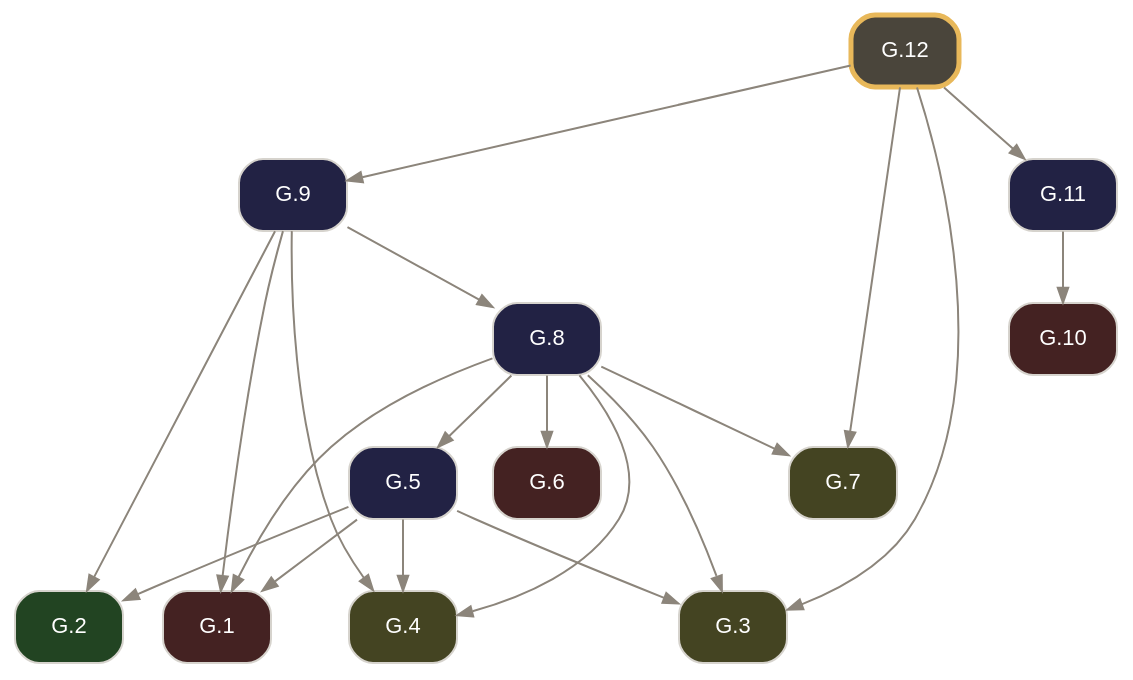
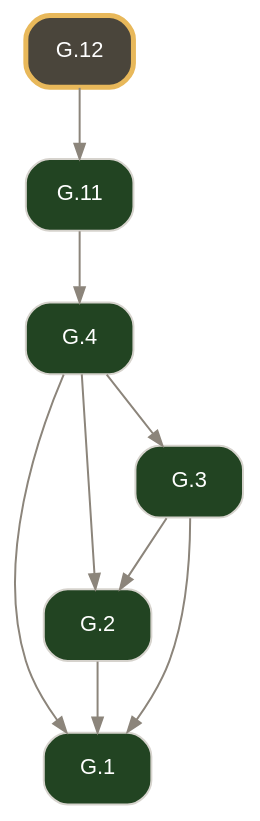
The diagram in docsrc/elements2/G.12/index.rst (geometor/elements), drawn with Graphviz before and after one commit. The commit also changed other lines of this file and 2974 other files, not shown here.

Commit message:
feat(elements2): wire defined terms, short verb titles, coincidence operator, and 2-point circle notation (v0.4.0)

```diff
--- a/docsrc/elements2/G.12/index.rst
+++ b/docsrc/elements2/G.12/index.rst
@@ -135,39 +36,22 @@
 .. graphviz::
 
    digraph {
      bgcolor="transparent";
      node [shape=box, style="rounded,filled", fontname="Helvetica", fontsize=11, color="#d6d3cd", fontcolor="#ffffff"];
      edge [color="#8c857b", fontcolor="#8c857b", arrowsize=0.75];
      rankdir="TB";
-     "G.1" [label="G.1", tooltip="G.1 (I.cn.1): Things equal to the same thing are equal to one another.", fillcolor="#442222", URL="../G.1/index.html", target="_top"];
-     "G.2" [label="G.2", tooltip="G.2 (I.def.15): A circle is a plane figure contained by one line such that all segments falling upon it from its center are equal.", fillcolor="#224422", URL="../G.2/index.html", target="_top"];
-     "G.3" [label="G.3", tooltip="G.3 (I.post.1): Construct a segment between any two points.", fillcolor="#444422", URL="../G.3/index.html", target="_top"];
-     "G.4" [label="G.4", tooltip="G.4 (I.post.3): Construct a circle with any center and radius.", fillcolor="#444422", URL="../G.4/index.html", target="_top"];
-     "G.5" [label="G.5", tooltip="G.5 (I.1): Construct an equilateral triangle on a given finite segment.", fillcolor="#222244", URL="../G.5/index.html", target="_top"];
-     "G.6" [label="G.6", tooltip="G.6 (I.cn.3): If equals are subtracted from equals, the remainders are equal.", fillcolor="#442222", URL="../G.6/index.html", target="_top"];
-     "G.7" [label="G.7", tooltip="G.7 (I.post.2): Extend a finite segment continuously in a straight line.", fillcolor="#444422", URL="../G.7/index.html", target="_top"];
-     "G.8" [label="G.8", tooltip="G.8 (I.2): Construct at a given point a segment equal to a given segment.", fillcolor="#222244", URL="../G.8/index.html", target="_top"];
-     "G.9" [label="G.9", tooltip="G.9 (I.3): Cut off from the greater of two unequal segments a segment equal to the less.", fillcolor="#222244", URL="../G.9/index.html", target="_top"];
-     "G.10" [label="G.10", tooltip="G.10 (I.cn.4): Things that coincide with one another are equal.", fillcolor="#442222", URL="../G.10/index.html", target="_top"];
-     "G.11" [label="G.11", tooltip="G.11 (I.4): Triangles with two sides and the included angle equal are congruent (SAS).", fillcolor="#222244", URL="../G.11/index.html", target="_top"];
-     "G.12" [label="G.12", tooltip="G.12 (I.5): In an isosceles triangle, the angles at the base are equal, and if the equal sides are extended, the angles under the base are equal.", penwidth=2.5, color="#e8b85a", fillcolor="#4a453b", URL="index.html", target="_top"];
-     "G.5" -> "G.1";
-     "G.8" -> "G.1";
-     "G.9" -> "G.1";
-     "G.5" -> "G.2";
-     "G.9" -> "G.2";
-     "G.5" -> "G.3";
-     "G.8" -> "G.3";
-     "G.12" -> "G.3";
-     "G.5" -> "G.4";
-     "G.8" -> "G.4";
-     "G.9" -> "G.4";
-     "G.8" -> "G.5";
-     "G.8" -> "G.6";
-     "G.8" -> "G.7";
-     "G.12" -> "G.7";
-     "G.9" -> "G.8";
-     "G.12" -> "G.9";
-     "G.11" -> "G.10";
+     "G.1" [label="G.1", tooltip="G.1 (I.def.1): A point A is that which has no part.", fillcolor="#224422", URL="../G.1/index.html", target="_top"];
+     "G.2" [label="G.2", tooltip="G.2 (I.def.2): A line [ A B ] is a projection of a relationship of two points A, B.", fillcolor="#224422", URL="../G.2/index.html", target="_top"];
+     "G.3" [label="G.3", tooltip="G.3 (I.def.3): The extremities of a segment / A B / are points A, B.", fillcolor="#224422", URL="../G.3/index.html", target="_top"];
+     "G.4" [label="G.4", tooltip="G.4 (I.def.4): A segment / A B / is a portion of a line [ A B ] between two points A, B on the line.", fillcolor="#224422", URL="../G.4/index.html", target="_top"];
+     "G.11" [label="G.11", tooltip="G.11 (I.def.19): Rectilineal figures are contained by segments: trilateral by three, quadrilateral by four, and multilateral by more than four.", fillcolor="#224422", URL="../G.11/index.html", target="_top"];
+     "G.12" [label="G.12", tooltip="G.12 (I.def.20): Of trilateral figures, an equilateral triangle < A B C > has three equal sides, an isosceles triangle < D E F > has two equal sides, and a scalene triangle < G H K > has three uneq...", penwidth=2.5, color="#e8b85a", fillcolor="#4a453b", URL="index.html", target="_top"];
+     "G.2" -> "G.1";
+     "G.3" -> "G.1";
+     "G.4" -> "G.1";
+     "G.3" -> "G.2";
+     "G.4" -> "G.2";
+     "G.4" -> "G.3";
+     "G.11" -> "G.4";
      "G.12" -> "G.11";
    }
```
